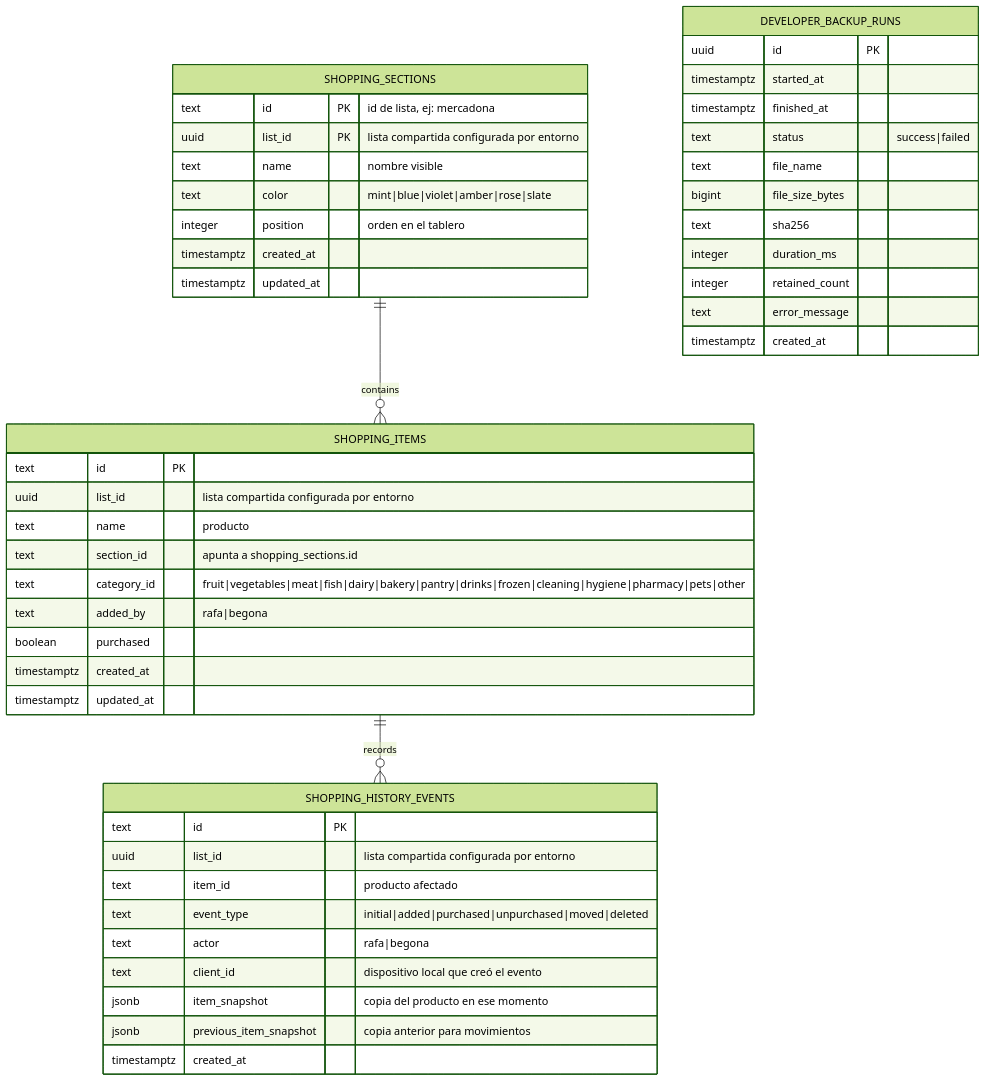
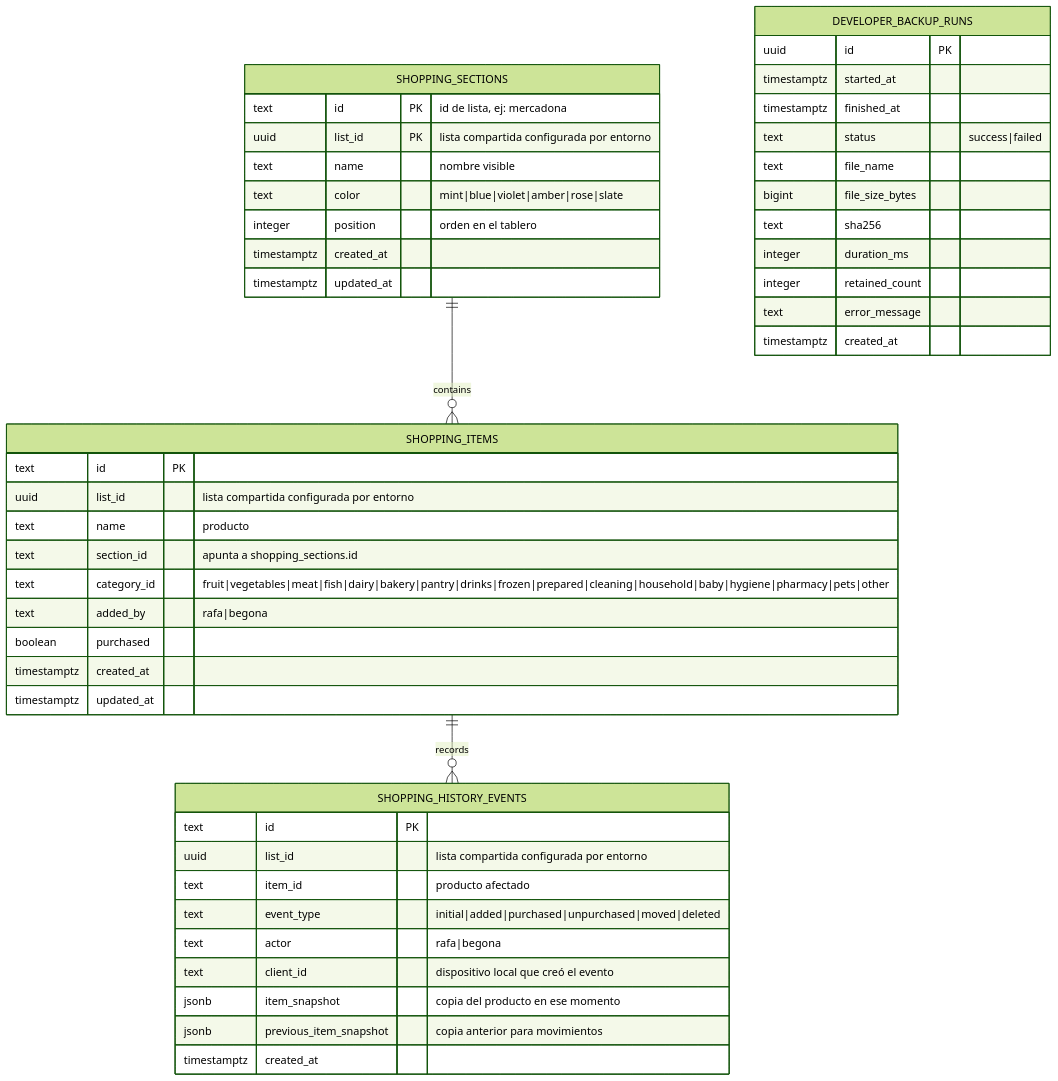
One commit to ralph1985/jucart changed the diagram in docs/database-schema.md. Above: the diagram before and after it, drawn with Mermaid (forest theme). The commit also changed other lines of this file and 10 other files, not shown here.

````diff
--- a/docs/database-schema.md
+++ b/docs/database-schema.md
@@ -9,53 +9,53 @@
 ```mermaid
 erDiagram
   SHOPPING_SECTIONS ||--o{ SHOPPING_ITEMS : contains
   SHOPPING_ITEMS ||--o{ SHOPPING_HISTORY_EVENTS : records
 
   SHOPPING_SECTIONS {
     text id PK "id de lista, ej: mercadona"
     uuid list_id PK "lista compartida configurada por entorno"
     text name "nombre visible"
     text color "mint|blue|violet|amber|rose|slate"
     integer position "orden en el tablero"
     timestamptz created_at
     timestamptz updated_at
   }
 
   SHOPPING_ITEMS {
     text id PK
     uuid list_id "lista compartida configurada por entorno"
     text name "producto"
     text section_id "apunta a shopping_sections.id"
-    text category_id "fruit|vegetables|meat|fish|dairy|bakery|pantry|drinks|frozen|cleaning|hygiene|pharmacy|pets|other"
+    text category_id "fruit|vegetables|meat|fish|dairy|bakery|pantry|drinks|frozen|prepared|cleaning|household|baby|hygiene|pharmacy|pets|other"
     text added_by "rafa|begona"
     boolean purchased
     timestamptz created_at
     timestamptz updated_at
   }
 
   SHOPPING_HISTORY_EVENTS {
     text id PK
     uuid list_id "lista compartida configurada por entorno"
     text item_id "producto afectado"
     text event_type "initial|added|purchased|unpurchased|moved|deleted"
     text actor "rafa|begona"
     text client_id "dispositivo local que creó el evento"
     jsonb item_snapshot "copia del producto en ese momento"
     jsonb previous_item_snapshot "copia anterior para movimientos"
     timestamptz created_at
   }
 
   DEVELOPER_BACKUP_RUNS {
     uuid id PK
     timestamptz started_at
     timestamptz finished_at
     text status "success|failed"
     text file_name
     bigint file_size_bytes
     text sha256
     integer duration_ms
     integer retained_count
     text error_message
     timestamptz created_at
   }
 ```
````
